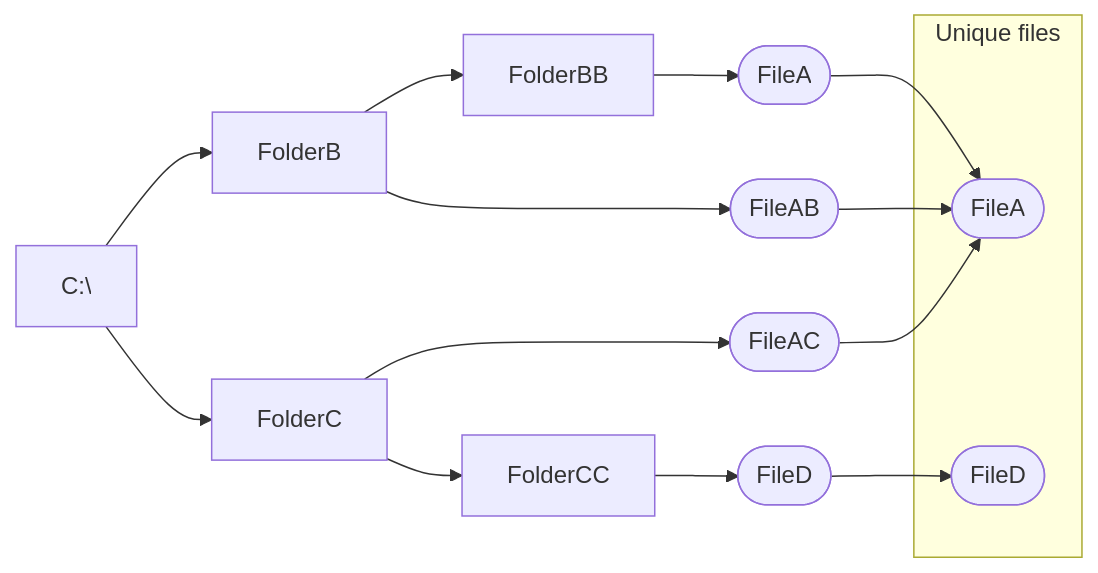
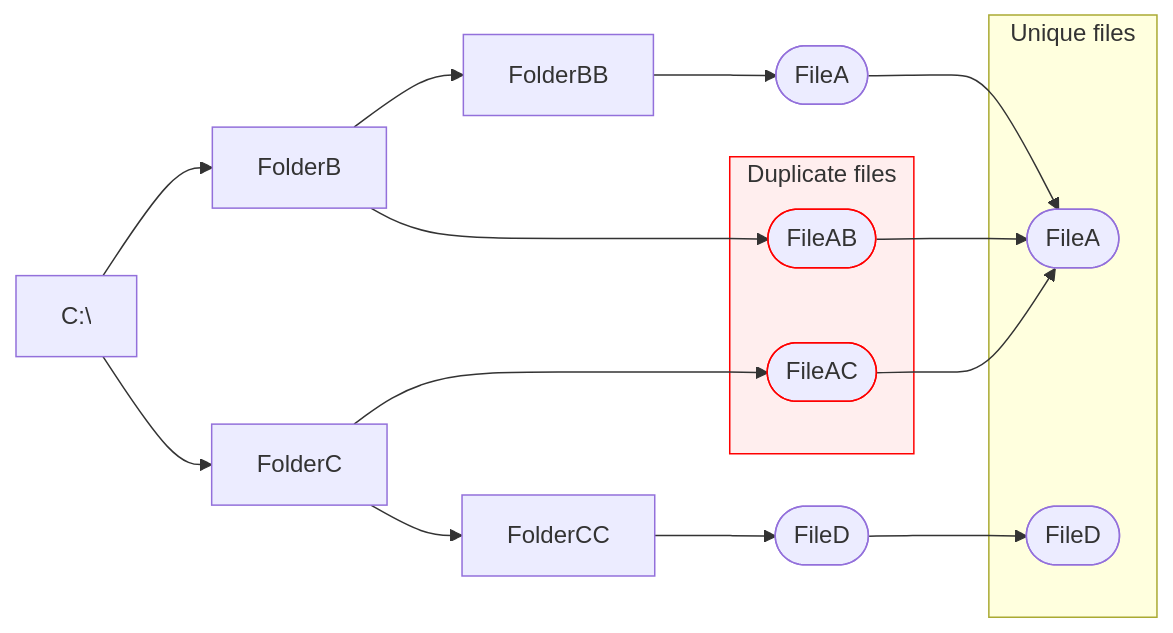
One commit to CodeByStef/Deduplik changed the diagram in README.md. Above: the diagram before and after it, drawn with Mermaid.

````diff
--- a/README.md
+++ b/README.md
@@ -25,32 +25,40 @@
 ```mermaid
 graph LR;
 
     A[C:\]
     B[FolderB];
     B2[FolderBB];
     C[FolderC];
     C2[FolderCC];
     F1([FileA]);
     F2([FileAB]);
     F3([FileAC]);
     F4([FileD]);
 
     A-->C;
     A-->B;
     C-->C2;
     B-->B2;
     B2-->F1;
     B-->F2;
     C-->F3;
     C2-->F4;
 
     subgraph Unique files
     U1([FileA]);
     U4([FileD]);
     end
 
+    subgraph dups [Duplicate files]
+    F2([FileAB]);
+    F3([FileAC]);
+    style F2 stroke:#f00
+    style F3 stroke:#f00
+    style dups stroke:#f00, fill:#fee
+    end
+
     F1-->U1;
     F2-->U1;
     F3-->U1;
     F4-->U4;
 ```
````
